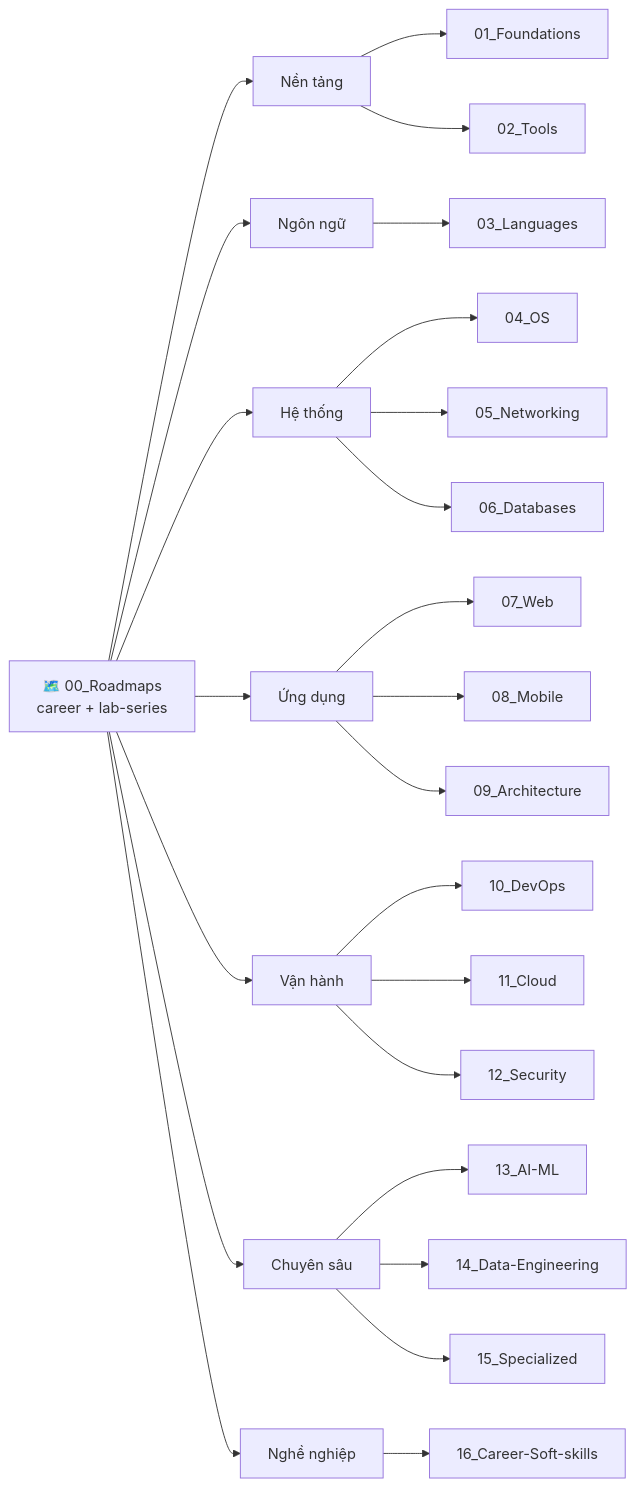
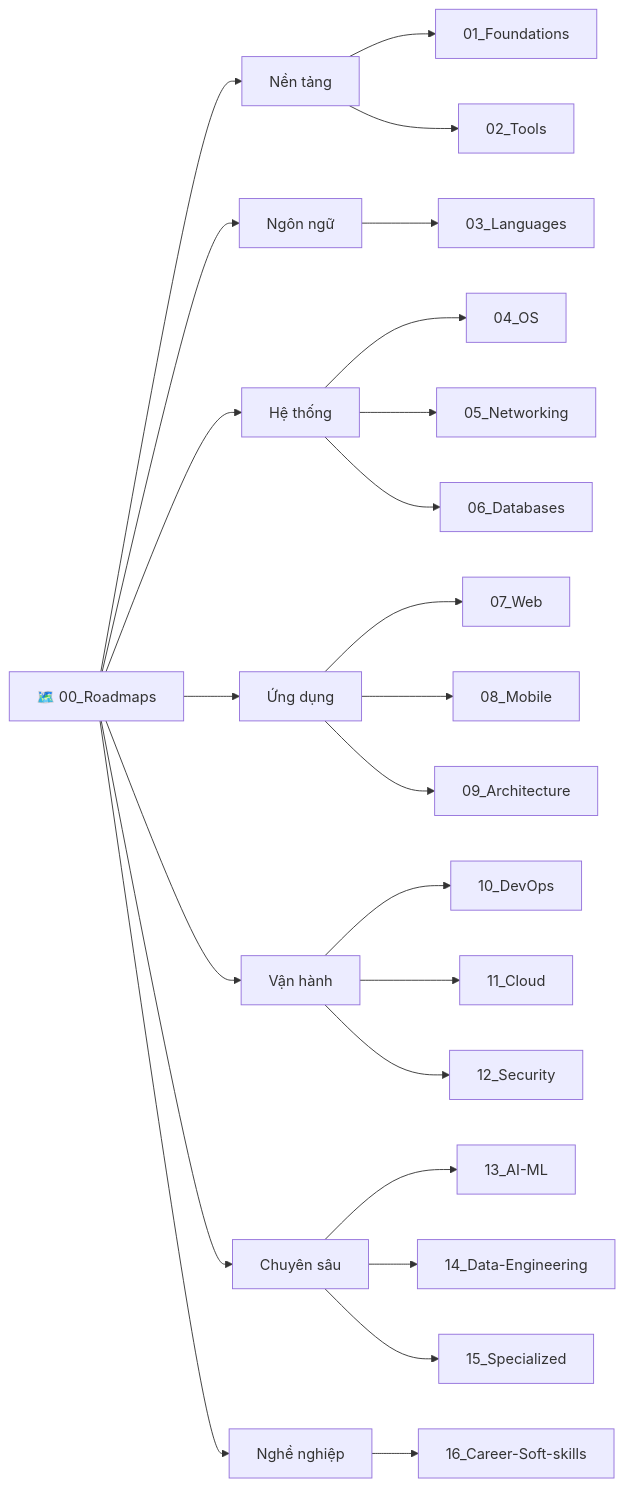
The diagram in README.md (thanhdevops95/Dev-knowledge), drawn with Mermaid before and after one commit. The commit also changed other lines of this file and 252 other files, not shown here.

````diff
--- a/README.md
+++ b/README.md
@@ -34,18 +42,19 @@
 ```mermaid
 graph LR
-    R[🗺️ 00_Roadmaps<br/>career + lab-series] --> F[Nền tảng]
+    R[🗺️ 00_Roadmaps] --> F[Nền tảng]
     R --> L[Ngôn ngữ]
     R --> S[Hệ thống]
     R --> A[Ứng dụng]
     R --> O[Vận hành]
     R --> D[Chuyên sâu]
     R --> N[Nghề nghiệp]
 
     F --> F1[01_Foundations] & F2[02_Tools]
     L --> L1[03_Languages]
     S --> S1[04_OS] & S2[05_Networking] & S3[06_Databases]
     A --> A1[07_Web] & A2[08_Mobile] & A3[09_Architecture]
     O --> O1[10_DevOps] & O2[11_Cloud] & O3[12_Security]
     D --> D1[13_AI-ML] & D2[14_Data-Engineering] & D3[15_Specialized]
     N --> N1[16_Career-Soft-skills]
+
 ```
````
